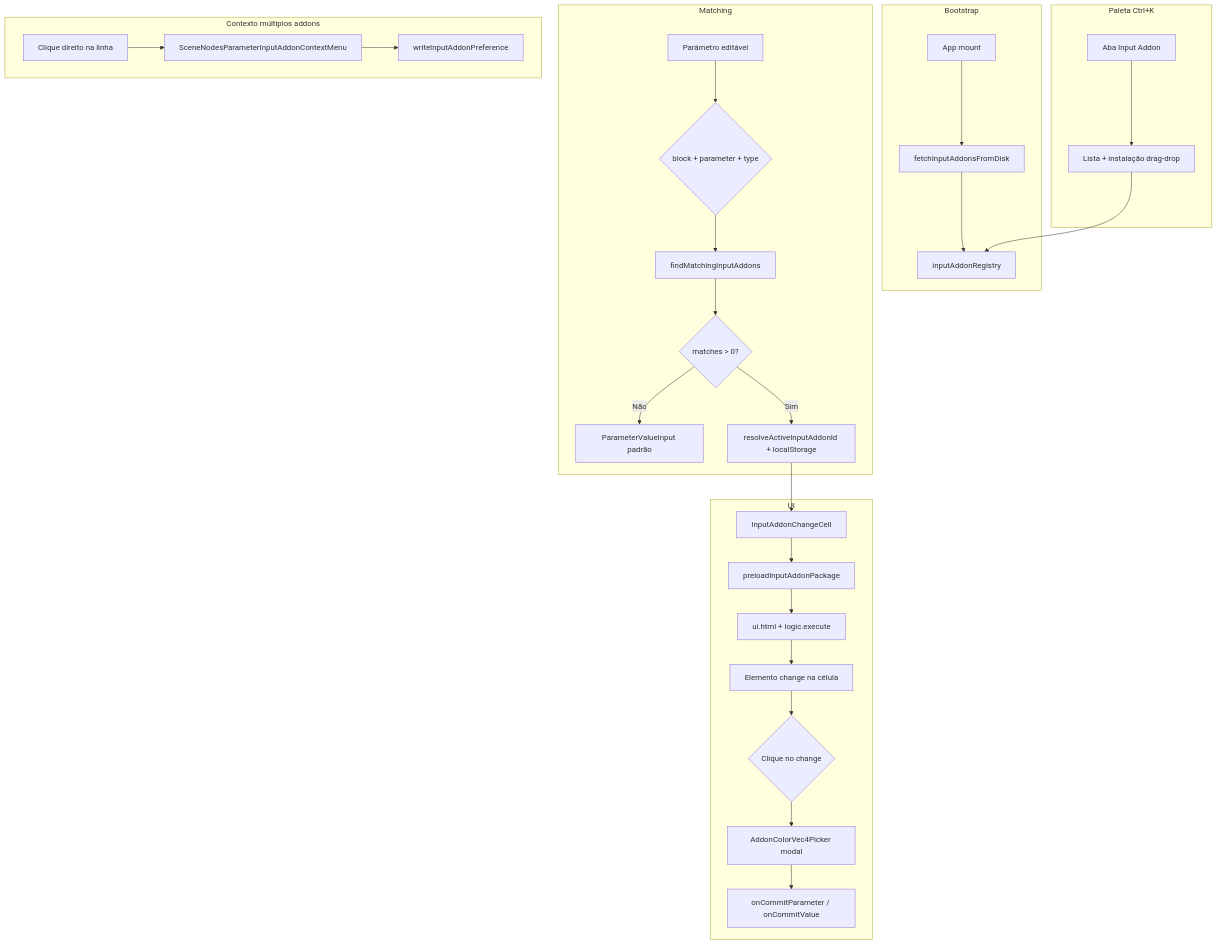
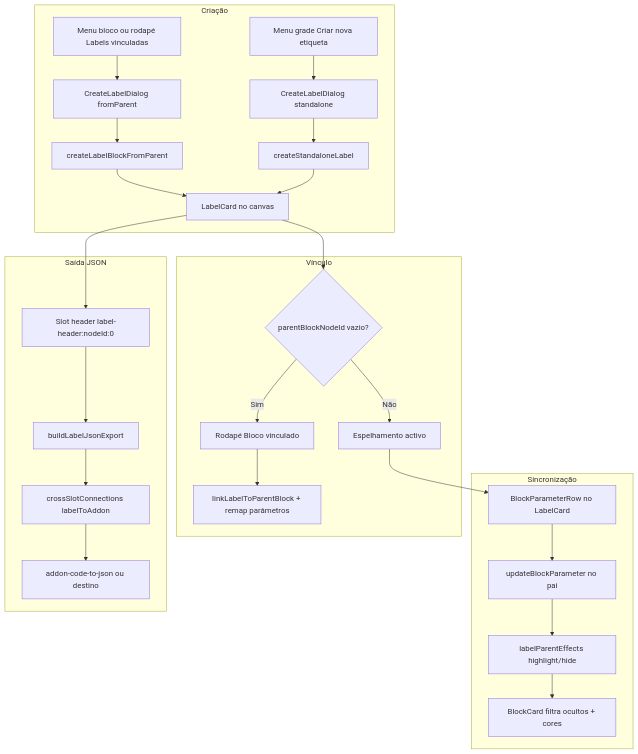
Before and after one commit to JunioCesar96/Node-Graphs-League-of-Legends: the first of 2 diagrams in README.md, drawn with Mermaid. The commit also changed other lines of this file and 331 other files, not shown here.

Commit message:
feat(label-block): etiquetas vinculadas, JSON export, persistência e addons auxiliares

````diff
--- a/README.md
+++ b/README.md
@@ -37,35 +37,32 @@
 ```mermaid
 graph TD
-  subgraph boot [Bootstrap]
-    A[App mount] --> B[fetchInputAddonsFromDisk]
-    B --> C[inputAddonRegistry]
+  subgraph create [Criação]
+    A1[Menu bloco ou rodapé Labels vinculadas] --> B[CreateLabelDialog fromParent]
+    A2[Menu grade Criar nova etiqueta] --> C[CreateLabelDialog standalone]
+    B --> D[createLabelBlockFromParent]
+    C --> E[createStandaloneLabel]
+    D --> F[LabelCard no canvas]
+    E --> F
   end
 
-  subgraph match [Matching]
-    D[Parâmetro editável] --> E{block + parameter + type}
-    E --> F[findMatchingInputAddons]
-    F --> G{matches > 0?}
-    G -->|Não| H[ParameterValueInput padrão]
-    G -->|Sim| I[resolveActiveInputAddonId + localStorage]
+  subgraph link [Vínculo]
+    F --> G{parentBlockNodeId vazio?}
+    G -->|Sim| H[Rodapé Bloco vinculado]
+    H --> I[linkLabelToParentBlock + remap parâmetros]
+    G -->|Não| J[Espelhamento activo]
   end
 
-  subgraph ui [UI]
-    I --> J[InputAddonChangeCell]
-    J --> K[preloadInputAddonPackage]
-    K --> L[ui.html + logic.execute]
-    L --> M[Elemento change na célula]
-    M --> N{Clique no change}
-    N --> O[AddonColorVec4Picker modal]
-    O --> P[onCommitParameter / onCommitValue]
+  subgraph sync [Sincronização]
+    J --> K[BlockParameterRow no LabelCard]
+    K --> L[updateBlockParameter no pai]
+    L --> M[labelParentEffects highlight/hide]
+    M --> N[BlockCard filtra ocultos + cores]
   end
 
-  subgraph palette [Paleta Ctrl+K]
-    Q[Aba Input Addon] --> R[Lista + instalação drag-drop]
-    R --> C
-  end
-
-  subgraph ctx [Contexto múltiplos addons]
-    S[Clique direito na linha] --> T[SceneNodesParameterInputAddonContextMenu]
-    T --> U[writeInputAddonPreference]
+  subgraph json [Saída JSON]
+    F --> O[Slot header label-header:nodeId:0]
+    O --> P[buildLabelJsonExport]
+    P --> Q[crossSlotConnections labelToAddon]
+    Q --> R[addon-code-to-json ou destino]
   end
 ```
````
